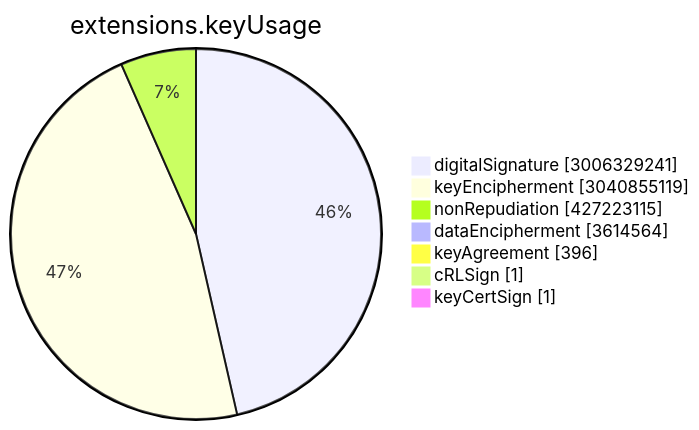
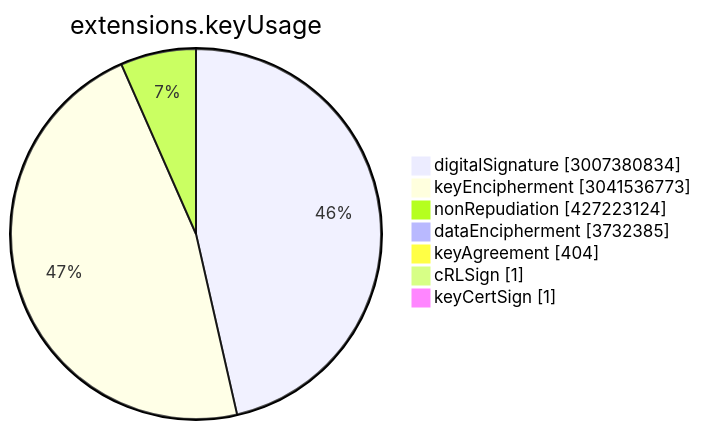
The sixth of 15 diagrams in TOTAL/README.md (christiankrug/ctmonitor_visualization), drawn with Mermaid before and after one commit. The commit also changed other lines of this file, not shown here.

````diff
--- a/TOTAL/README.md
+++ b/TOTAL/README.md
@@ -3076,11 +3076,11 @@
 ```mermaid
 pie showData
 title extensions.keyUsage
-"digitalSignature" :3006329241
-"keyEncipherment" :3040855119
-"nonRepudiation" :427223115
-"dataEncipherment" :3614564
-"keyAgreement" :396
+"digitalSignature" :3007380834
+"keyEncipherment" :3041536773
+"nonRepudiation" :427223124
+"dataEncipherment" :3732385
+"keyAgreement" :404
 "cRLSign" :1
 "keyCertSign" :1
 ```
````
